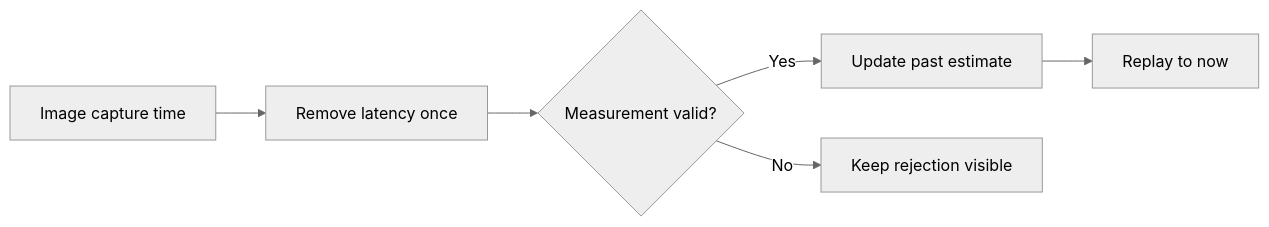
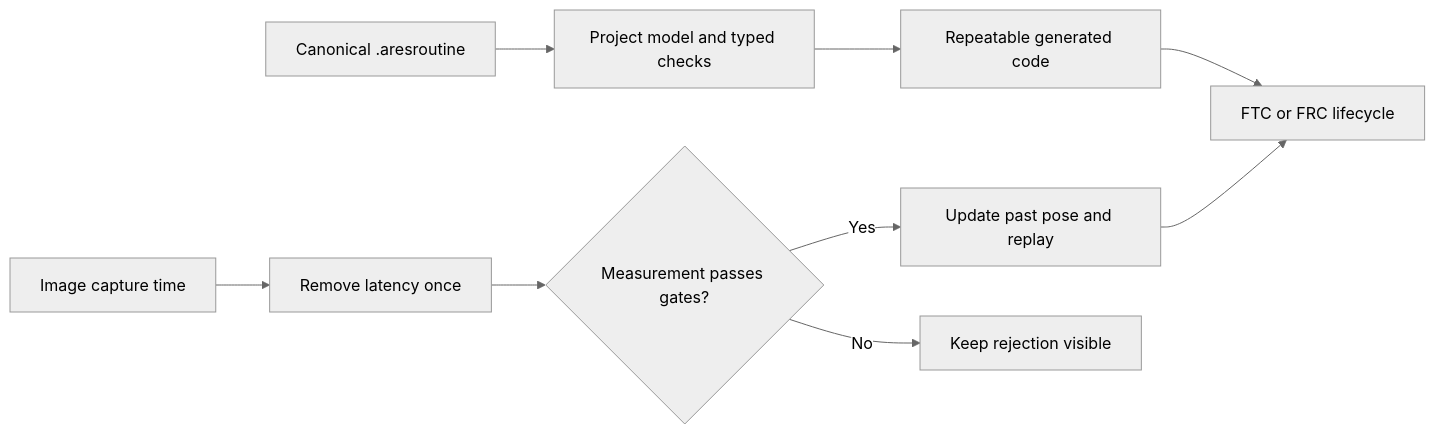
Before and after one commit to ARES-23247/ARESWEB: the diagram in content/learning/areslib-reference/autonomous-and-vision.md, drawn with Mermaid (neutral theme). The commit also changed other lines of this file and 8 other files, not shown here.

````diff
--- a/content/learning/areslib-reference/autonomous-and-vision.md
+++ b/content/learning/areslib-reference/autonomous-and-vision.md
@@ -36,9 +48,12 @@
 ```mermaid
-%% aria: A camera image records capture time. The adapter removes latency once. A valid delayed measurement updates estimator history and is replayed to the present.
+%% aria: A checked routine becomes generated runtime code while a delayed camera measurement passes timestamp and uncertainty gates before updating pose history.
 flowchart LR
-  A["Image capture time"] --> B["Remove latency once"]
-  B --> C{"Measurement valid?"}
-  C -->|Yes| D["Update past estimate"]
-  D --> E["Replay to now"]
-  C -->|No| F["Keep rejection visible"]
+  A["Canonical .aresroutine"] --> B["Project model and typed checks"]
+  B --> C["Repeatable generated code"]
+  C --> D["FTC or FRC lifecycle"]
+  E["Image capture time"] --> F["Remove latency once"]
+  F --> G{"Measurement passes gates?"}
+  G -->|Yes| H["Update past pose and replay"]
+  G -->|No| I["Keep rejection visible"]
+  H --> D
 ```
````
